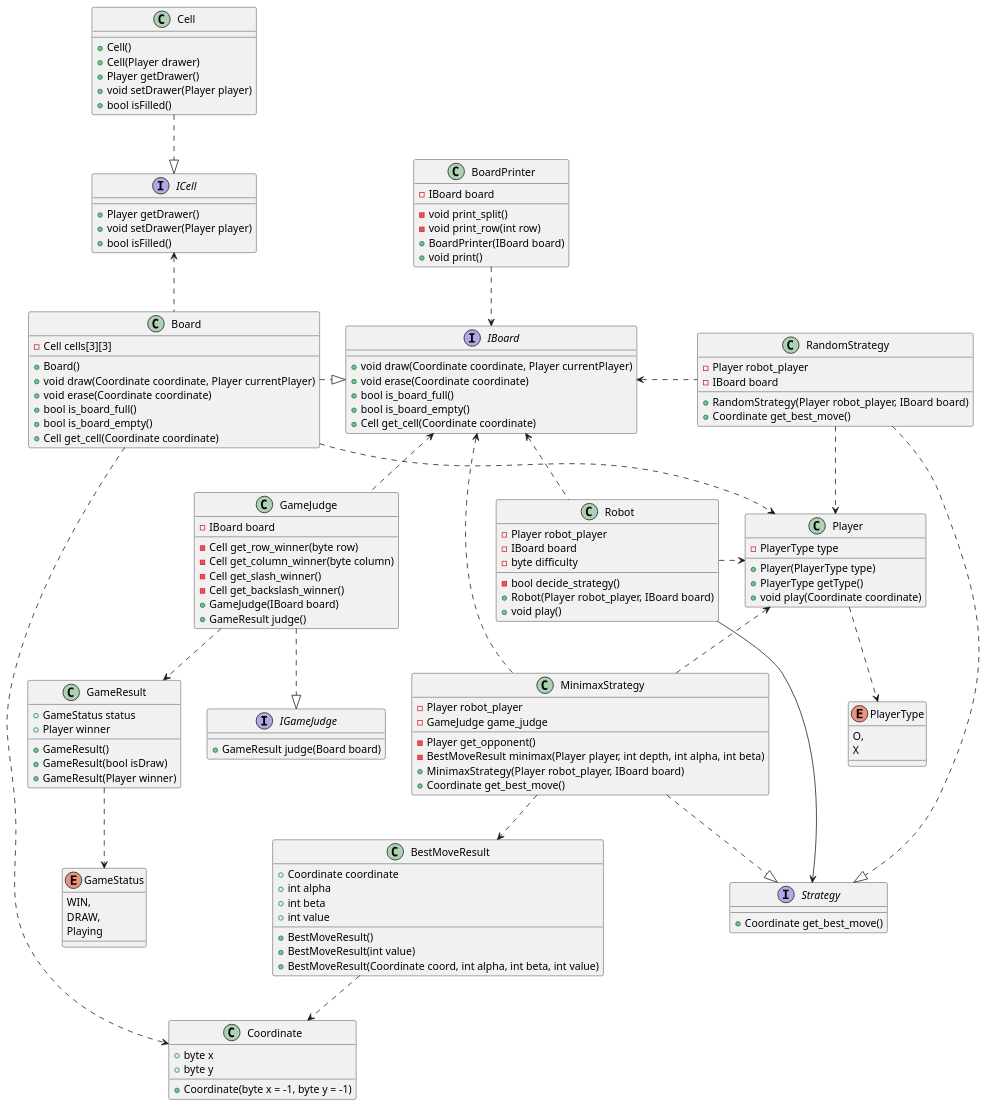
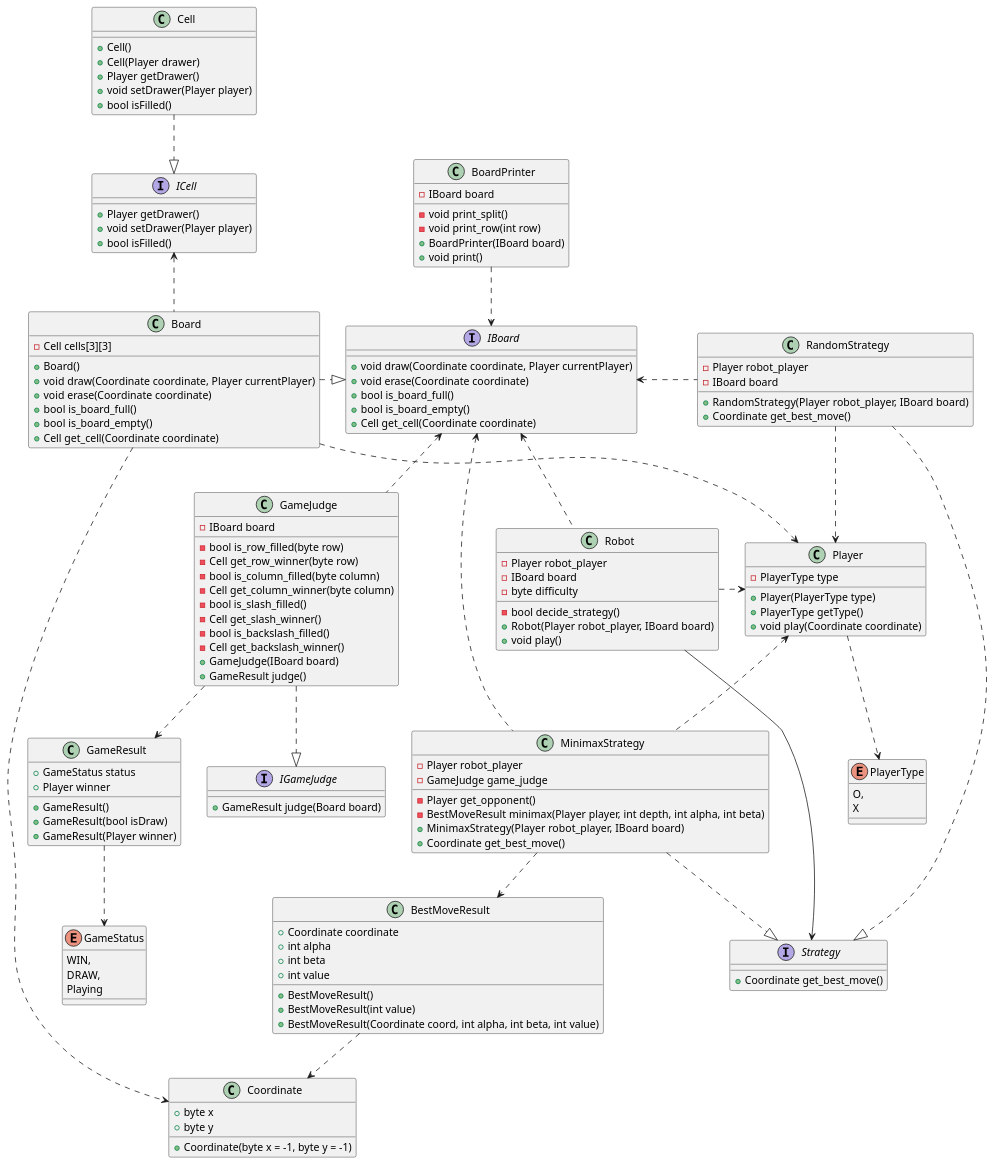
One commit to WorldOfWheat/Arduino-Finial-Project-OOXX changed the diagram in class.pu. Above: the diagram before and after it, drawn with PlantUML.

Commit message:
Update class diagram

```diff
--- a/class.pu
+++ b/class.pu
@@ -1,159 +1,163 @@
 @startuml
 
 interface ICell {
 	+Player getDrawer()
 	+void setDrawer(Player player)
 	+bool isFilled()
 }
 
 class Cell {
 	+Cell()
 	+Cell(Player drawer)
 	+Player getDrawer()
 	+void setDrawer(Player player)
 	+bool isFilled()
 }
 
 interface IBoard {
 	+void draw(Coordinate coordinate, Player currentPlayer)
 	+void erase(Coordinate coordinate)
 	+bool is_board_full()
 	+bool is_board_empty()
 	+Cell get_cell(Coordinate coordinate)
 }
 
 class Board {
 	-Cell cells[3][3]
 	+Board()
 	+void draw(Coordinate coordinate, Player currentPlayer)
 	+void erase(Coordinate coordinate)
 	+bool is_board_full()
 	+bool is_board_empty()
 	+Cell get_cell(Coordinate coordinate)
 }
 
 class BoardPrinter {
 	-IBoard board
 	-void print_split()
 	-void print_row(int row)
 	+BoardPrinter(IBoard board)
 	+void print()
 }
 
 enum GameStatus {
 	WIN,
 	DRAW,
 	Playing
 }
 
 class GameResult {
 	+GameStatus status
 	+Player winner
 	+GameResult()
 	+GameResult(bool isDraw)
 	+GameResult(Player winner)
 }
 
 interface IGameJudge {
 	+GameResult judge(Board board)
 }
 
 class GameJudge {
 	-IBoard board
+	-bool is_row_filled(byte row)
 	-Cell get_row_winner(byte row)
+	-bool is_column_filled(byte column)
 	-Cell get_column_winner(byte column)
+	-bool is_slash_filled()
 	-Cell get_slash_winner()
+	-bool is_backslash_filled()
 	-Cell get_backslash_winner()
 	+GameJudge(IBoard board)
 	+GameResult judge()
 }
 
 class Coordinate {
 	+byte x
 	+byte y
 	+Coordinate(byte x = -1, byte y = -1)
 }
 
 enum PlayerType {
 	O,
 	X
 }
 
 class Player {
 	-PlayerType type
 	+Player(PlayerType type)
 	+PlayerType getType()
 	+void play(Coordinate coordinate)
 }
 
 class BestMoveResult {
 	+Coordinate coordinate
 	+int alpha
 	+int beta
 	+int value
 	+BestMoveResult()
 	+BestMoveResult(int value)
 	+BestMoveResult(Coordinate coord, int alpha, int beta, int value)
 }
 
 class Robot {
 	-Player robot_player
 	-IBoard board
 	-byte difficulty
 	-bool decide_strategy()
 	+Robot(Player robot_player, IBoard board)
 	+void play()
 }
 
 interface Strategy {
 	+Coordinate get_best_move()
 }
 
 class MinimaxStrategy {
 	-Player robot_player
 	-GameJudge game_judge
 	-Player get_opponent()
 	-BestMoveResult minimax(Player player, int depth, int alpha, int beta)
 	+MinimaxStrategy(Player robot_player, IBoard board)
 	+Coordinate get_best_move()
 }
 
 class RandomStrategy {
 	-Player robot_player
 	-IBoard board
 	+RandomStrategy(Player robot_player, IBoard board)
 	+Coordinate get_best_move()
 }
 
 Cell .down.|> ICell
 
 Board .up.> ICell
 Board .down.> Coordinate
 Board .down.> Player
 Board .right.|> IBoard
 
 BoardPrinter ..> IBoard
 
 GameResult ..> GameStatus
 GameJudge ..> GameResult
 GameJudge ..|> IGameJudge
 GameJudge .up.> IBoard
 
 Player ..> PlayerType
 
 BestMoveResult .down.> Coordinate
 
 MinimaxStrategy ..|> Strategy
 MinimaxStrategy .down.> BestMoveResult
 MinimaxStrategy .left.> IBoard
 MinimaxStrategy .up.> Player
 
 RandomStrategy ..|> Strategy
 RandomStrategy .left.> IBoard
 RandomStrategy ..> Player
 
 Robot .left.> IBoard
 Robot --> Strategy
 Robot .right.> Player
 
 @enduml
```
